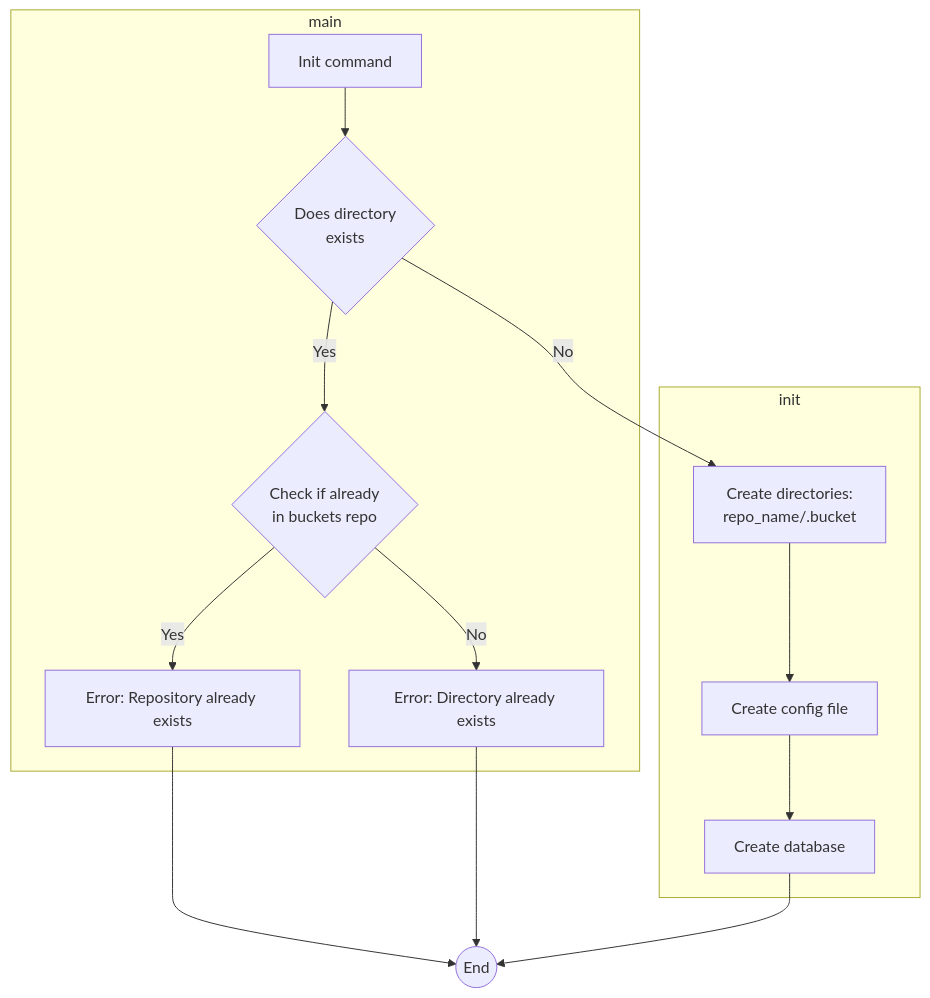
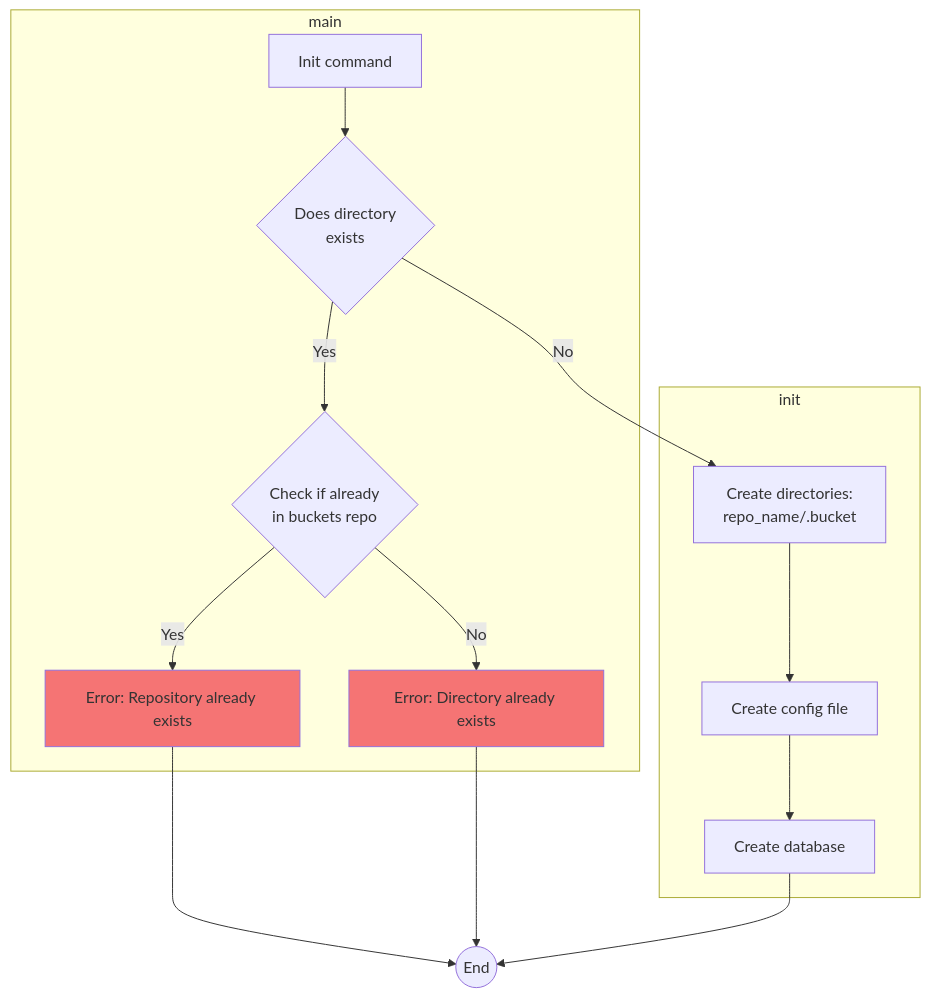
One commit to 3vilM33pl3/buckets changed the diagram in docs/commands/init.mmd. Above: the diagram before and after it, drawn with Mermaid. The commit also changed 2 other files, not shown here.

Commit message:
Adding create command flowchart and updating style

```diff
--- a/docs/commands/init.mmd
+++ b/docs/commands/init.mmd
@@ -1,17 +1,20 @@
 flowchart TD
     subgraph main
         A[Init command] --> B{Does directory \n exists}
         B --> |Yes| C{Check if already \n in buckets repo}
-        C --> |Yes| Z[Error: Repository already exists]
-        C --> |No| Y[Error: Directory already exists]
+        C --> |Yes| E1[Error: Repository already exists]
+        C --> |No| E2[Error: Directory already exists]
     end
 
     subgraph init
         B --> |No| D[Create directories: \n repo_name/.bucket]
-        D --> E[Create config file]
-        E --> F[Create database]
+        D --> K[Create config file]
+        K --> F[Create database]
     end
 
-    Z --> G((End))
-    Y --> G((End))
+    E1 --> G((End))
+    E2 --> G((End))
     F --> G((End))
+
+    style E1 fill:#f57474
+    style E2 fill:#f57474
```
